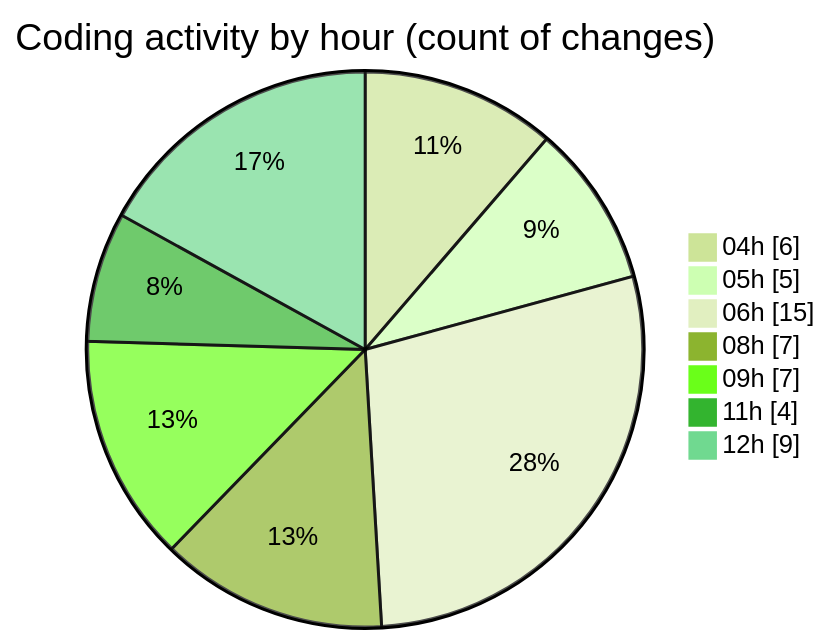
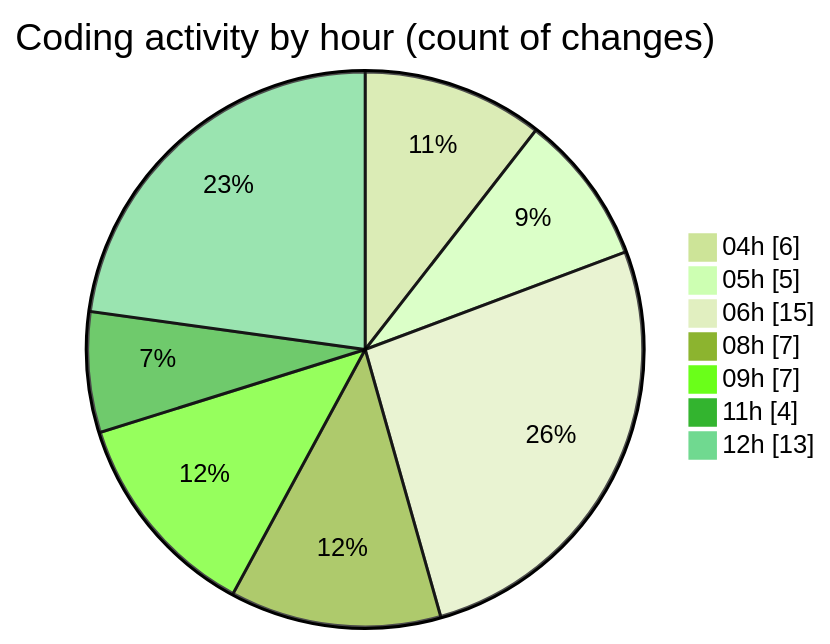
The second of 2 diagrams in 2025-03-23/zeytoon/README.md (vahidmafi/code-tracking), drawn with Mermaid (forest theme) before and after one commit. The commit also changed other lines of this file and 1 other file, not shown here.

````diff
--- a/2025-03-23/zeytoon/README.md
+++ b/2025-03-23/zeytoon/README.md
@@ -41,11 +41,11 @@
 ```mermaid
 pie showData
 title Coding activity by hour (count of changes)
 "04h" : 6
 "05h" : 5
 "06h" : 15
 "08h" : 7
 "09h" : 7
 "11h" : 4
-"12h" : 9
+"12h" : 13
 ```
````
